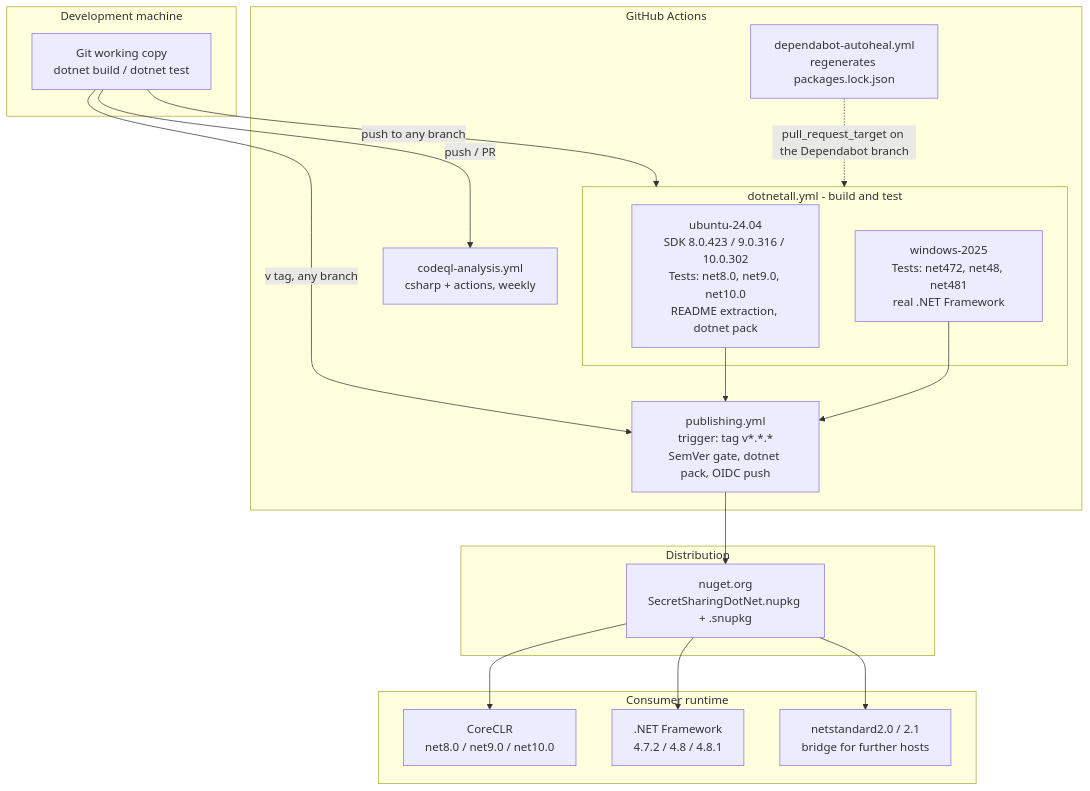
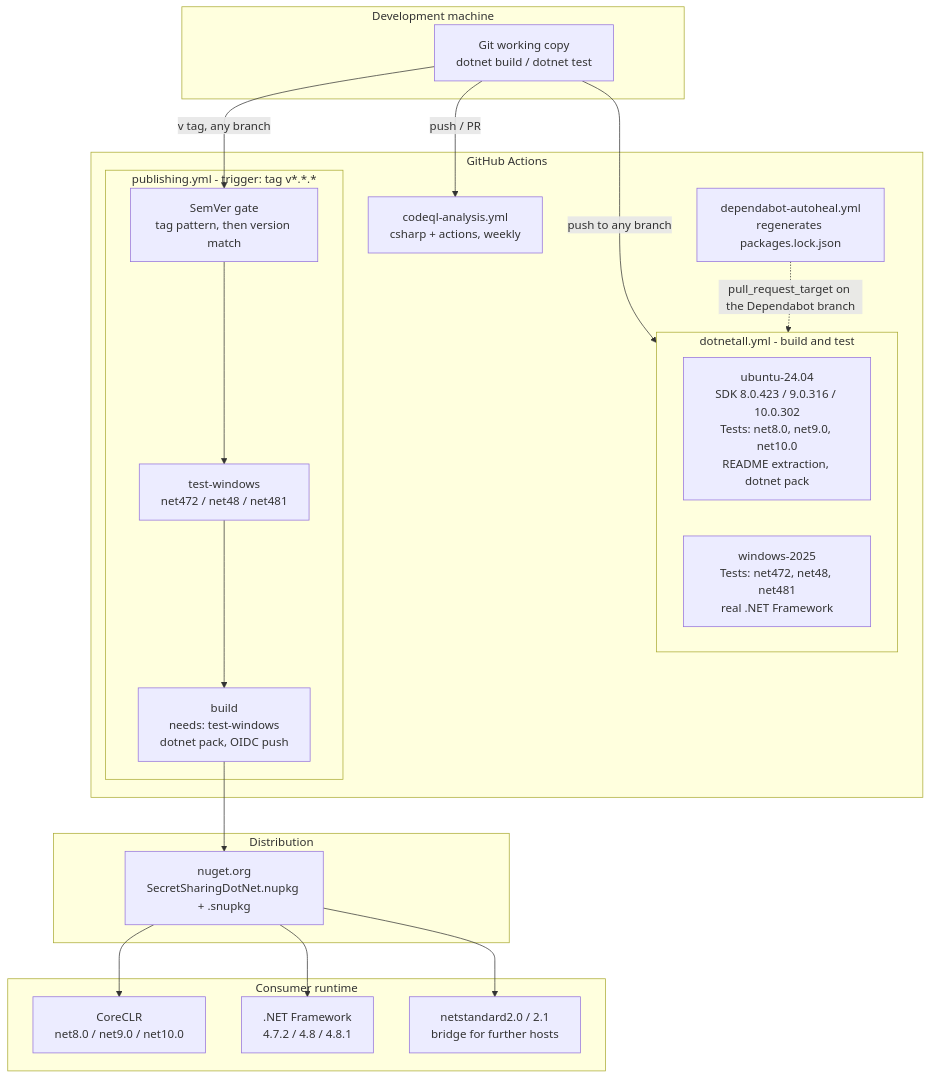
Before and after one commit to shinji-san/SecretSharingDotNet: the tenth of 10 diagrams in docs/architecture/arc42.en.md, drawn with Mermaid. The commit also changed other lines of this file and 1 other file, not shown here.

````diff
--- a/docs/architecture/arc42.en.md
+++ b/docs/architecture/arc42.en.md
@@ -660,37 +668,41 @@
 ```mermaid
 flowchart TD
     subgraph dev["Development machine"]
         repo["Git working copy<br/>dotnet build / dotnet test"]
     end
 
     subgraph gh["GitHub Actions"]
         subgraph ci["dotnetall.yml - build and test"]
             ubuntu["ubuntu-24.04<br/>SDK 8.0.423 / 9.0.316 / 10.0.302<br/>Tests: net8.0, net9.0, net10.0<br/>README extraction, dotnet pack"]
             windows["windows-2025<br/>Tests: net472, net48, net481<br/>real .NET Framework"]
         end
         codeql["codeql-analysis.yml<br/>csharp + actions, weekly"]
         autoheal["dependabot-autoheal.yml<br/>regenerates packages.lock.json"]
-        publish["publishing.yml<br/>trigger: tag v*.*.*<br/>SemVer gate, dotnet pack, OIDC push"]
+        subgraph publish["publishing.yml - trigger: tag v*.*.*"]
+            pubGate["SemVer gate<br/>tag pattern, then version match"]
+            pubTest["test-windows<br/>net472 / net48 / net481"]
+            pubBuild["build<br/>needs: test-windows<br/>dotnet pack, OIDC push"]
+        end
     end
 
     subgraph dist["Distribution"]
         nuget["nuget.org<br/>SecretSharingDotNet.nupkg + .snupkg"]
     end
 
     subgraph runtime["Consumer runtime"]
         netcore["CoreCLR<br/>net8.0 / net9.0 / net10.0"]
         netfx[".NET Framework<br/>4.7.2 / 4.8 / 4.8.1"]
         netstd["netstandard2.0 / 2.1<br/>bridge for further hosts"]
     end
 
     repo -->|push to any branch| ci
     repo -->|push / PR| codeql
-    repo -->|v tag, any branch| publish
-    ubuntu --> publish
-    windows --> publish
-    publish --> nuget
+    repo -->|v tag, any branch| pubGate
+    pubGate --> pubTest
+    pubTest --> pubBuild
+    pubBuild --> nuget
     autoheal -.->|pull_request_target on the Dependabot branch| ci
     nuget --> netcore
     nuget --> netfx
     nuget --> netstd
 ```
````
